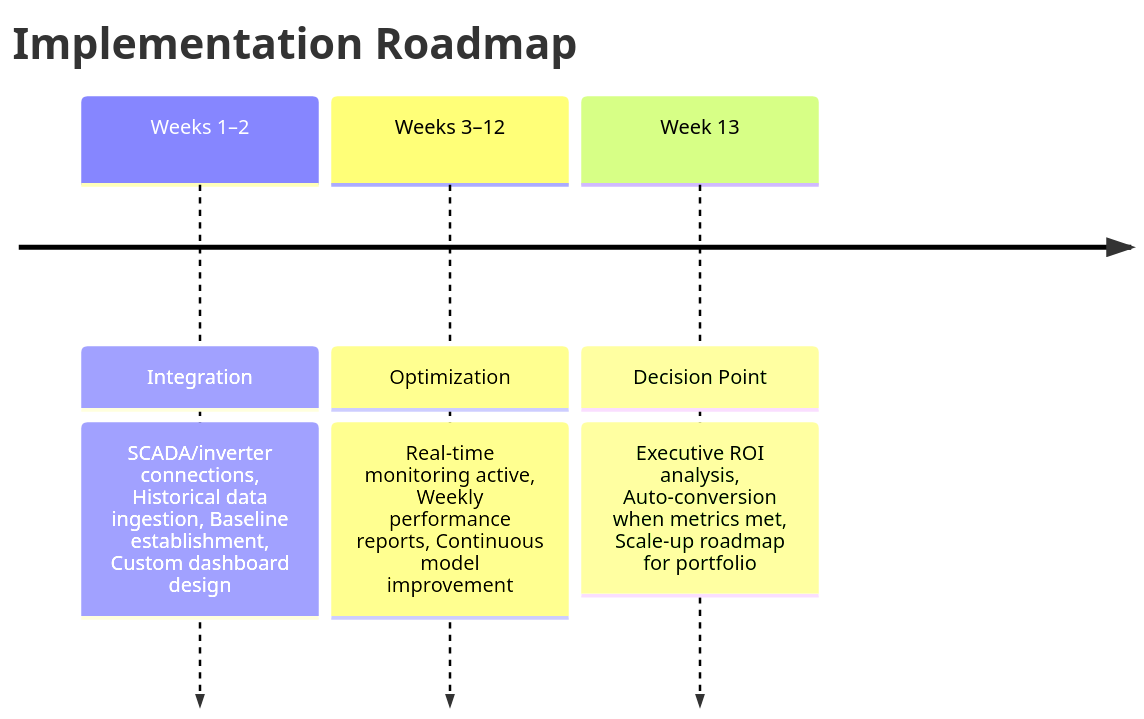
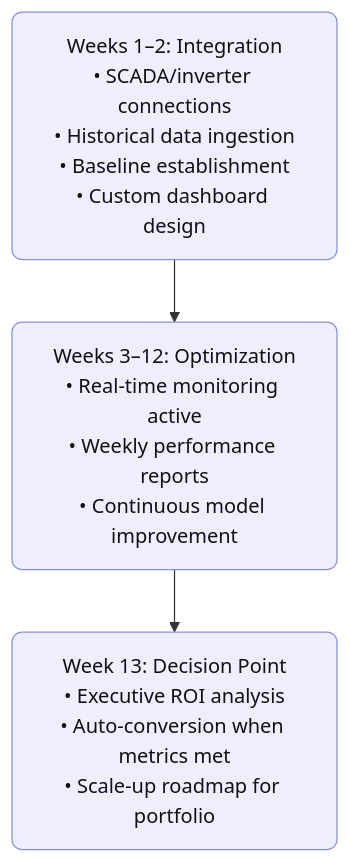
The diagram in use-cases.md (AsobaCloud/asobacloud.github.io), drawn with Mermaid before and after one commit. The commit also changed 1 other file, not shown here.

Commit message:
more break fixes 14

````diff
--- a/use-cases.md
+++ b/use-cases.md
@@ -69,7 +69,10 @@
 ```mermaid
-timeline
-  title Implementation Roadmap
-  Weeks 1–2: Integration : SCADA/inverter connections, Historical data ingestion, Baseline establishment, Custom dashboard design
-  Weeks 3–12: Optimization : Real-time monitoring active, Weekly performance reports, Continuous model improvement
-  Week 13: Decision Point : Executive ROI analysis, Auto-conversion when metrics met, Scale-up roadmap for portfolio
+graph TB
+  classDef step fill:#eef,stroke:#8a90dd,stroke-width:1px,rx:8,ry:8,color:#111;
+
+  A["Weeks 1–2: Integration<br/>• SCADA/inverter connections<br/>• Historical data ingestion<br/>• Baseline establishment<br/>• Custom dashboard design"]:::step
+  B["Weeks 3–12: Optimization<br/>• Real-time monitoring active<br/>• Weekly performance reports<br/>• Continuous model improvement"]:::step
+  C["Week 13: Decision Point<br/>• Executive ROI analysis<br/>• Auto-conversion when metrics met<br/>• Scale-up roadmap for portfolio"]:::step
+
+  A --> B --> C
 ```
````
